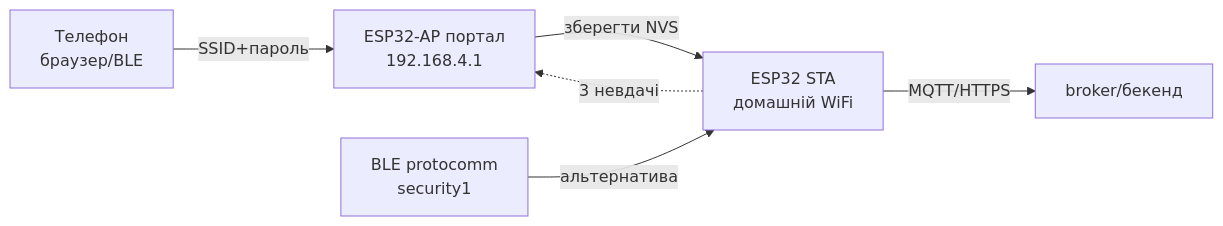
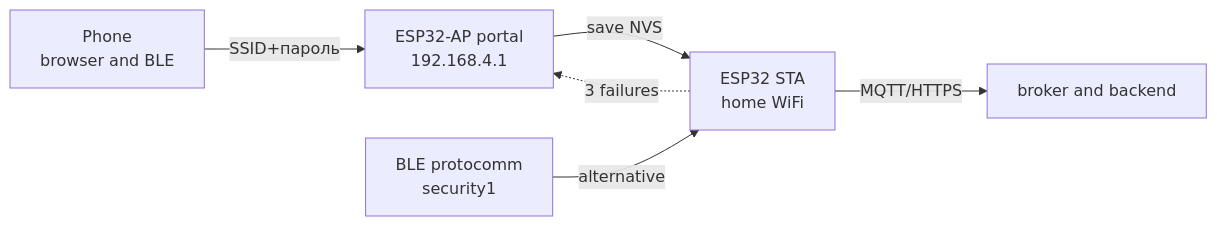
One commit to ksalab/embedded-reference changed the diagram in obsidian_vault/ESP32-Reference/EN/15-Protocols/04-Provisioning.en.md. Above: the diagram before and after it, drawn with Mermaid. The commit also changed other lines of this file and 76 other files, not shown here.

````diff
--- a/obsidian_vault/ESP32-Reference/EN/15-Protocols/04-Provisioning.en.md
+++ b/obsidian_vault/ESP32-Reference/EN/15-Protocols/04-Provisioning.en.md
@@ -70,8 +69,8 @@
 ```mermaid
 graph LR
-    P[Телефон<br/>браузер/BLE] -->|SSID+пароль| AP[ESP32-AP портал<br/>192.168.4.1]
-    AP -->|зберегти NVS| STA[ESP32 STA<br/>домашній WiFi]
-    STA -->|MQTT/HTTPS| NET[broker/бекенд]
-    STA -.->|3 невдачі| AP
-    BT[BLE protocomm<br/>security1] -->|альтернатива| STA
+    P[Phone<br/>browser and BLE] -->|SSID+пароль| AP[ESP32-AP portal<br/>192.168.4.1]
+    AP -->|save NVS| STA[ESP32 STA<br/>home WiFi]
+    STA -->|MQTT/HTTPS| NET[broker and backend]
+    STA -.->|3 failures| AP
+    BT[BLE protocomm<br/>security1] -->|alternative| STA
 ```
````
